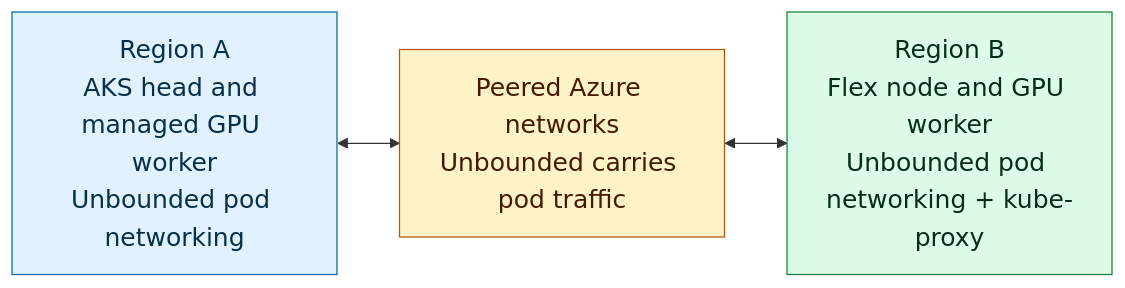
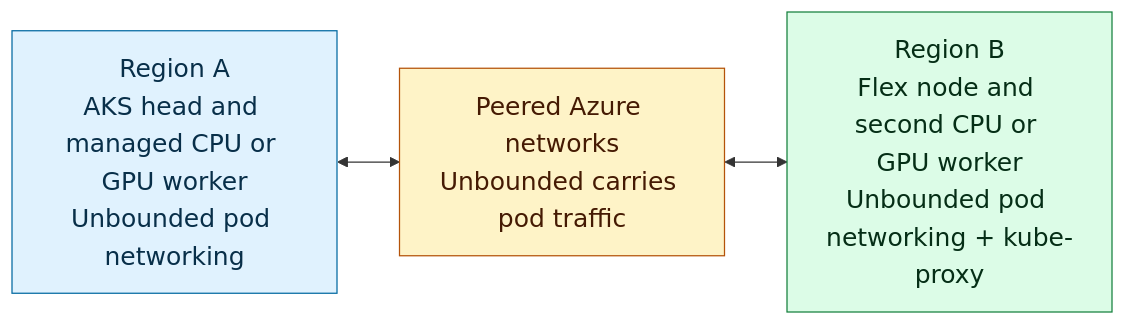
Before and after one commit to KenKilty/aks-flex-anyscale-lab: the diagram in docs/ai-workloads-on-aks/assets/architecture/01-solution-overview.mmd, drawn with Mermaid. The commit also changed 35 other files, not shown here.

```diff
--- a/docs/ai-workloads-on-aks/assets/architecture/01-solution-overview.mmd
+++ b/docs/ai-workloads-on-aks/assets/architecture/01-solution-overview.mmd
@@ -1,13 +1,13 @@
 flowchart LR
-  regionA["Region A<br/>AKS head and managed GPU worker<br/>Unbounded pod networking"]
+  regionA["Region A<br/>AKS head and managed CPU or GPU worker<br/>Unbounded pod networking"]
   network["Peered Azure networks<br/>Unbounded carries pod traffic"]
-  regionB["Region B<br/>Flex node and GPU worker<br/>Unbounded pod networking + kube-proxy"]
+  regionB["Region B<br/>Flex node and second CPU or GPU worker<br/>Unbounded pod networking + kube-proxy"]
 
   regionA <--> network <--> regionB
 
   classDef home fill:#e0f2fe,stroke:#0369a1,color:#082f49,font-size:20px
   classDef link fill:#fef3c7,stroke:#b45309,color:#451a03,font-size:20px
   classDef flex fill:#dcfce7,stroke:#15803d,color:#052e16,font-size:20px
   class regionA home
   class network link
   class regionB flex
```
